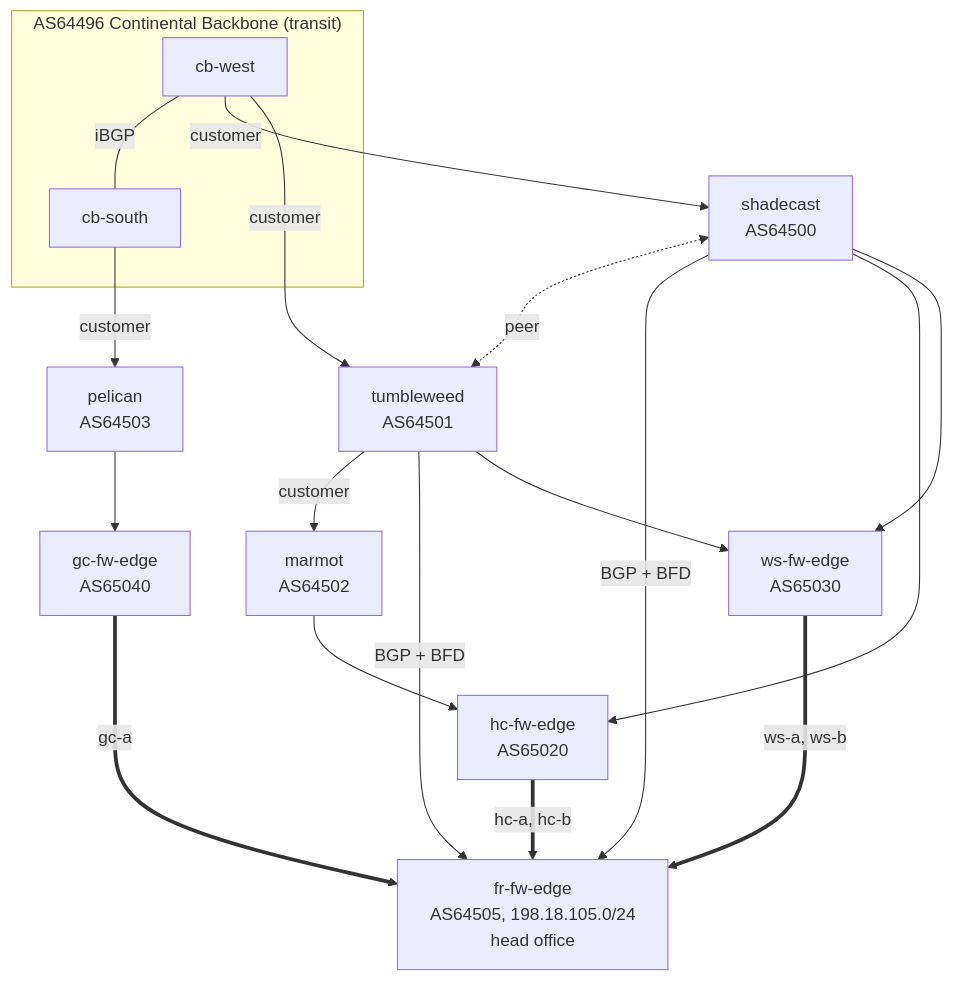
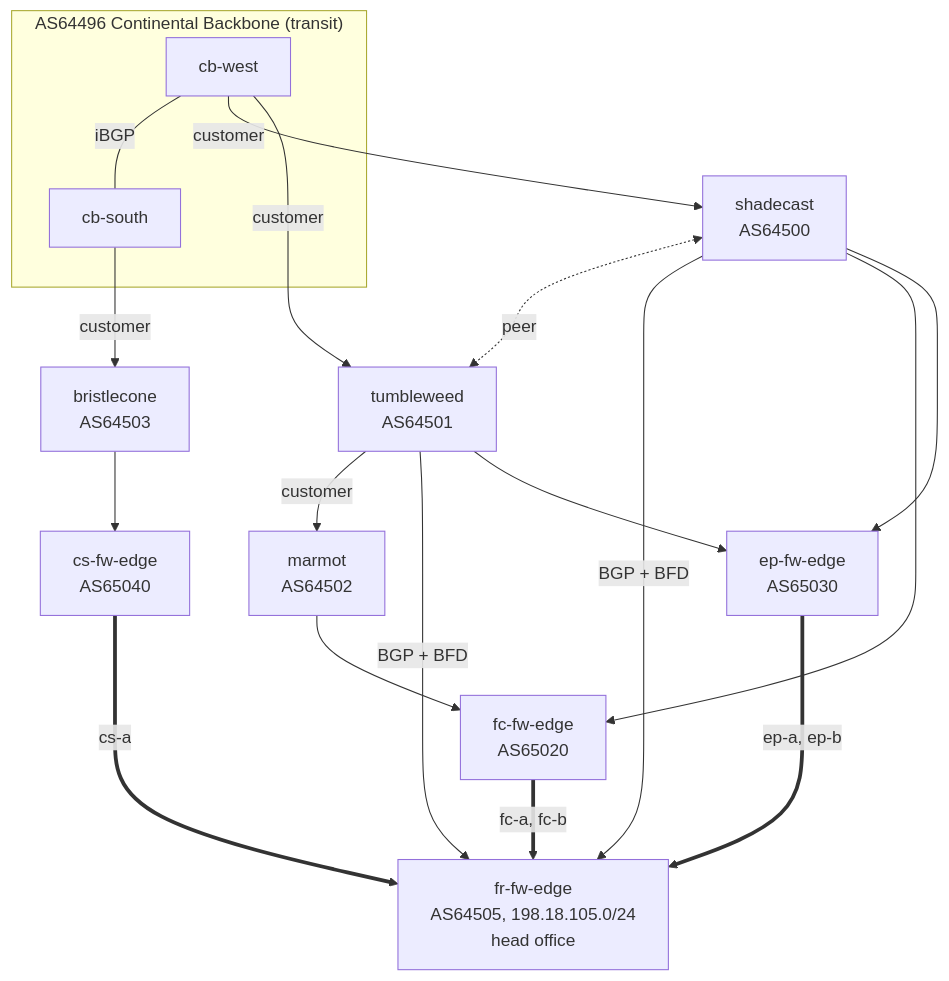
The first of 2 diagrams in spikes/wan-bgp/README.md (GhostofGoes/brew), drawn with Mermaid before and after one commit. The commit also changed other lines of this file and 35 other files, not shown here.

````diff
--- a/spikes/wan-bgp/README.md
+++ b/spikes/wan-bgp/README.md
@@ -16,29 +16,29 @@
 ```mermaid
 flowchart TB
   subgraph T["AS64496 Continental Backbone (transit)"]
     CBW["cb-west"] ---|iBGP| CBS["cb-south"]
   end
   SC["shadecast<br/>AS64500"]
   TW["tumbleweed<br/>AS64501"]
   MM["marmot<br/>AS64502"]
-  PC["pelican<br/>AS64503"]
+  BC["bristlecone<br/>AS64503"]
   CBW -->|customer| SC
   CBW -->|customer| TW
-  CBS -->|customer| PC
+  CBS -->|customer| BC
   TW -->|customer| MM
   SC <-.->|peer| TW
   FR["fr-fw-edge<br/>AS64505, 198.18.105.0/24<br/>head office"]
-  HC["hc-fw-edge<br/>AS65020"]
-  WS["ws-fw-edge<br/>AS65030"]
-  GC["gc-fw-edge<br/>AS65040"]
+  FC["fc-fw-edge<br/>AS65020"]
+  EP["ep-fw-edge<br/>AS65030"]
+  CS["cs-fw-edge<br/>AS65040"]
   SC -->|"BGP + BFD"| FR
   TW -->|"BGP + BFD"| FR
-  SC --> HC
-  MM --> HC
-  TW --> WS
-  SC --> WS
-  PC --> GC
-  HC ==>|"hc-a, hc-b"| FR
-  WS ==>|"ws-a, ws-b"| FR
-  GC ==>|"gc-a"| FR
+  SC --> FC
+  MM --> FC
+  TW --> EP
+  SC --> EP
+  BC --> CS
+  FC ==>|"fc-a, fc-b"| FR
+  EP ==>|"ep-a, ep-b"| FR
+  CS ==>|"cs-a"| FR
 ```
````
